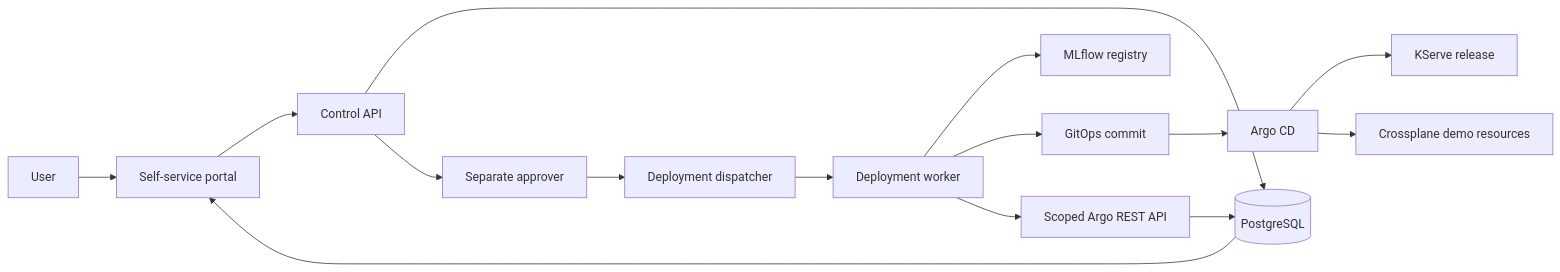
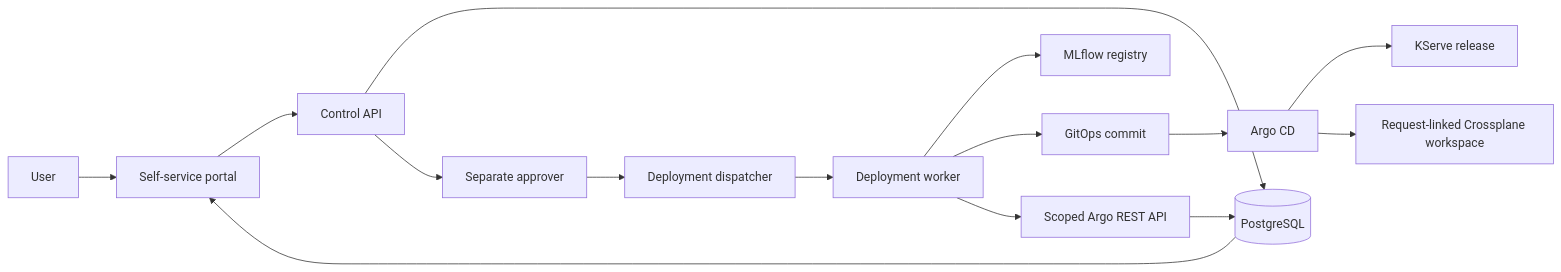
Before and after one commit to nolet7/ai-platform-lab: the diagram in README.md, drawn with Mermaid. The commit also changed other lines of this file and 3 other files, not shown here.

Commit message:
Document request-linked Crossplane acceptance evidence

````diff
--- a/README.md
+++ b/README.md
@@ -15,17 +15,17 @@
 ```mermaid
 flowchart LR
   User --> Portal[Self-service portal]
   Portal --> API[Control API]
   API --> DB[(PostgreSQL)]
   API --> Approval[Separate approver]
   Approval --> Dispatcher[Deployment dispatcher]
   Dispatcher --> Worker[Deployment worker]
   Worker --> MLflow[MLflow registry]
   Worker --> Git[GitOps commit]
   Git --> Argo[Argo CD]
   Argo --> KServe[KServe release]
-  Argo --> Crossplane[Crossplane demo resources]
+  Argo --> Crossplane[Request-linked Crossplane workspace]
   Worker --> ArgoAPI[Scoped Argo REST API]
   ArgoAPI --> DB
   DB --> Portal
 ```
````
